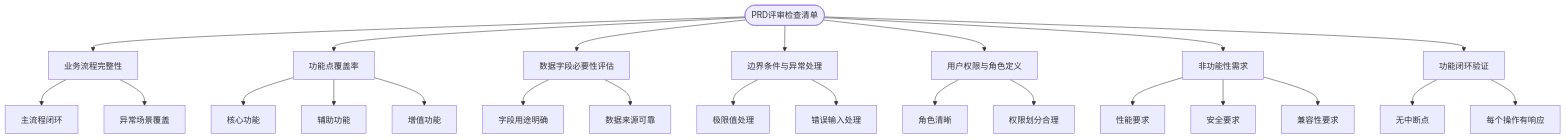
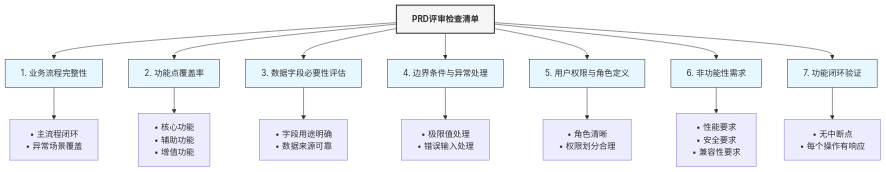
Before and after one commit to Taskon-xyz/PR: the second of 11 diagrams in 开发流程图.md, drawn with Mermaid. The commit also changed other lines of this file and 1 other file, not shown here.

````diff
--- a/开发流程图.md
+++ b/开发流程图.md
@@ -49,33 +51,26 @@
 ```mermaid
-graph TD
-    PRD_Check(["PRD评审检查清单"]) --> B1["业务流程完整性"]
-    PRD_Check --> B2["功能点覆盖率"]
-    PRD_Check --> B3["数据字段必要性评估"]
-    PRD_Check --> B4["边界条件与异常处理"]
-    PRD_Check --> B5["用户权限与角色定义"]
-    PRD_Check --> B6["非功能性需求"]
-    PRD_Check --> B7["功能闭环验证"]
+graph TB
+    classDef mainNode fill:#f5f5f5,stroke:#333,stroke-width:2px,color:#333,font-weight:bold
+    classDef subNode fill:#e6f7ff,stroke:#333,stroke-width:1px
     
-    B1 --> B1_1["主流程闭环"]
-    B1 --> B1_2["异常场景覆盖"]
+    PRD_Check["PRD评审检查清单"]
     
-    B2 --> B2_1["核心功能"]
-    B2 --> B2_2["辅助功能"]
-    B2 --> B2_3["增值功能"]
+    PRD_Check --> BusinessProcess["1. 业务流程完整性"]
+    PRD_Check --> Features["2. 功能点覆盖率"]
+    PRD_Check --> DataFields["3. 数据字段必要性评估"]
+    PRD_Check --> Boundaries["4. 边界条件与异常处理"]
+    PRD_Check --> Roles["5. 用户权限与角色定义"]
+    PRD_Check --> NonFunc["6. 非功能性需求"]
+    PRD_Check --> Loop["7. 功能闭环验证"]
     
-    B3 --> B3_1["字段用途明确"]
-    B3 --> B3_2["数据来源可靠"]
+    BusinessProcess --> BP1["• 主流程闭环<br>• 异常场景覆盖"]
+    Features --> FT1["• 核心功能<br>• 辅助功能<br>• 增值功能"]
+    DataFields --> DF1["• 字段用途明确<br>• 数据来源可靠"]
+    Boundaries --> BN1["• 极限值处理<br>• 错误输入处理"]
+    Roles --> RL1["• 角色清晰<br>• 权限划分合理"]
+    NonFunc --> NF1["• 性能要求<br>• 安全要求<br>• 兼容性要求"]
+    Loop --> LP1["• 无中断点<br>• 每个操作有响应"]
     
-    B4 --> B4_1["极限值处理"]
-    B4 --> B4_2["错误输入处理"]
-    
-    B5 --> B5_1["角色清晰"]
-    B5 --> B5_2["权限划分合理"]
-    
-    B6 --> B6_1["性能要求"]
-    B6 --> B6_2["安全要求"]
-    B6 --> B6_3["兼容性要求"]
-    
-    B7 --> B7_1["无中断点"]
-    B7 --> B7_2["每个操作有响应"]
+    class PRD_Check mainNode
+    class BusinessProcess,Features,DataFields,Boundaries,Roles,NonFunc,Loop subNode
 ```
````
